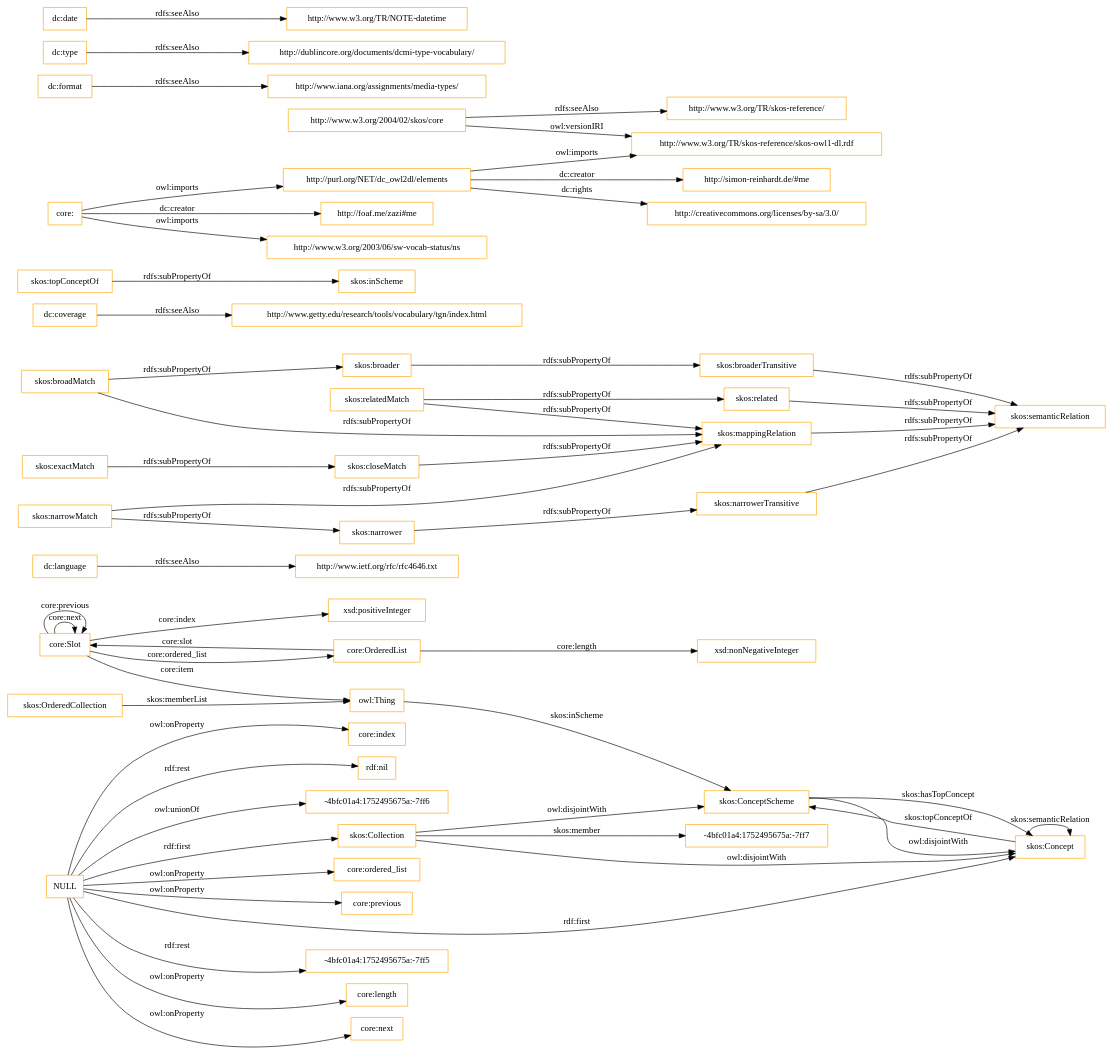
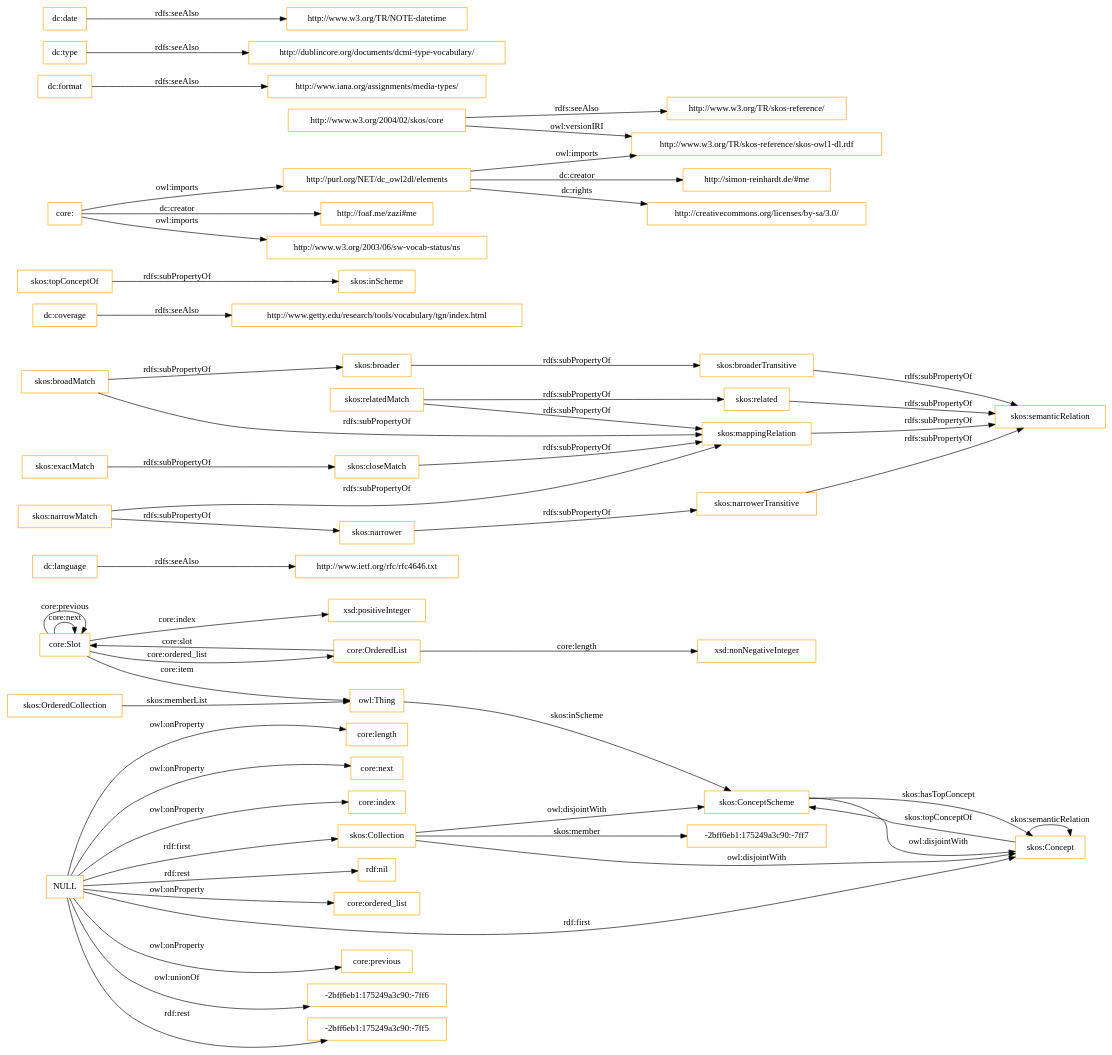
Before and after one commit to OnToologyUser/core-ontology-1: the diagram in OnToology/imports/core.owl/diagrams/ar2dtool-class/core.owl.png.dot, drawn with Graphviz. The commit also changed 14 other files, not shown here.

```diff
--- a/OnToology/imports/core.owl/diagrams/ar2dtool-class/core.owl.png.dot
+++ b/OnToology/imports/core.owl/diagrams/ar2dtool-class/core.owl.png.dot
@@ -1,60 +1,60 @@
 digraph ar2dtool_diagram { 
 rankdir=LR;
 size="1501"
-node [shape = rectangle, color="orange"]; "core:Slot" "core:OrderedList" "-4bfc01a4:1752495675a:-7ff7" "skos:OrderedCollection" "skos:Collection" "skos:ConceptScheme" "skos:Concept" ; /*classes style*/
+node [shape = rectangle, color="orange"]; "core:Slot" "core:OrderedList" "-2bff6eb1:175249a3c90:-7ff7" "skos:OrderedCollection" "skos:Collection" "skos:ConceptScheme" "skos:Concept" ; /*classes style*/
 	"dc:language" -> "http://www.ietf.org/rfc/rfc4646.txt" [ label = "rdfs:seeAlso" ];
-	"NULL" -> "-4bfc01a4:1752495675a:-7ff5" [ label = "rdf:rest" ];
+	"NULL" -> "core:previous" [ label = "owl:onProperty" ];
+	"NULL" -> "-2bff6eb1:175249a3c90:-7ff6" [ label = "owl:unionOf" ];
+	"NULL" -> "-2bff6eb1:175249a3c90:-7ff5" [ label = "rdf:rest" ];
 	"NULL" -> "core:length" [ label = "owl:onProperty" ];
 	"NULL" -> "skos:Concept" [ label = "rdf:first" ];
 	"NULL" -> "core:next" [ label = "owl:onProperty" ];
 	"NULL" -> "core:index" [ label = "owl:onProperty" ];
 	"NULL" -> "rdf:nil" [ label = "rdf:rest" ];
-	"NULL" -> "-4bfc01a4:1752495675a:-7ff6" [ label = "owl:unionOf" ];
 	"NULL" -> "core:ordered_list" [ label = "owl:onProperty" ];
 	"NULL" -> "skos:Collection" [ label = "rdf:first" ];
-	"NULL" -> "core:previous" [ label = "owl:onProperty" ];
 	"skos:closeMatch" -> "skos:mappingRelation" [ label = "rdfs:subPropertyOf" ];
 	"dc:coverage" -> "http://www.getty.edu/research/tools/vocabulary/tgn/index.html" [ label = "rdfs:seeAlso" ];
 	"skos:relatedMatch" -> "skos:related" [ label = "rdfs:subPropertyOf" ];
 	"skos:relatedMatch" -> "skos:mappingRelation" [ label = "rdfs:subPropertyOf" ];
 	"skos:ConceptScheme" -> "skos:Concept" [ label = "owl:disjointWith" ];
 	"skos:related" -> "skos:semanticRelation" [ label = "rdfs:subPropertyOf" ];
 	"skos:topConceptOf" -> "skos:inScheme" [ label = "rdfs:subPropertyOf" ];
 	"skos:broadMatch" -> "skos:broader" [ label = "rdfs:subPropertyOf" ];
 	"skos:broadMatch" -> "skos:mappingRelation" [ label = "rdfs:subPropertyOf" ];
 	"http://purl.org/NET/dc_owl2dl/elements" -> "http://www.w3.org/TR/skos-reference/skos-owl1-dl.rdf" [ label = "owl:imports" ];
 	"http://purl.org/NET/dc_owl2dl/elements" -> "http://creativecommons.org/licenses/by-sa/3.0/" [ label = "dc:rights" ];
 	"http://purl.org/NET/dc_owl2dl/elements" -> "http://simon-reinhardt.de/#me" [ label = "dc:creator" ];
 	"skos:exactMatch" -> "skos:closeMatch" [ label = "rdfs:subPropertyOf" ];
 	"dc:format" -> "http://www.iana.org/assignments/media-types/" [ label = "rdfs:seeAlso" ];
 	"core:" -> "http://foaf.me/zazi#me" [ label = "dc:creator" ];
 	"core:" -> "http://www.w3.org/2003/06/sw-vocab-status/ns" [ label = "owl:imports" ];
 	"core:" -> "http://purl.org/NET/dc_owl2dl/elements" [ label = "owl:imports" ];
 	"skos:broaderTransitive" -> "skos:semanticRelation" [ label = "rdfs:subPropertyOf" ];
 	"skos:mappingRelation" -> "skos:semanticRelation" [ label = "rdfs:subPropertyOf" ];
 	"skos:broader" -> "skos:broaderTransitive" [ label = "rdfs:subPropertyOf" ];
 	"dc:type" -> "http://dublincore.org/documents/dcmi-type-vocabulary/" [ label = "rdfs:seeAlso" ];
 	"http://www.w3.org/2004/02/skos/core" -> "http://www.w3.org/TR/skos-reference/skos-owl1-dl.rdf" [ label = "owl:versionIRI" ];
 	"http://www.w3.org/2004/02/skos/core" -> "http://www.w3.org/TR/skos-reference/" [ label = "rdfs:seeAlso" ];
 	"skos:Collection" -> "skos:ConceptScheme" [ label = "owl:disjointWith" ];
 	"skos:Collection" -> "skos:Concept" [ label = "owl:disjointWith" ];
 	"skos:narrowMatch" -> "skos:narrower" [ label = "rdfs:subPropertyOf" ];
 	"skos:narrowMatch" -> "skos:mappingRelation" [ label = "rdfs:subPropertyOf" ];
 	"skos:narrower" -> "skos:narrowerTransitive" [ label = "rdfs:subPropertyOf" ];
 	"dc:date" -> "http://www.w3.org/TR/NOTE-datetime" [ label = "rdfs:seeAlso" ];
 	"skos:narrowerTransitive" -> "skos:semanticRelation" [ label = "rdfs:subPropertyOf" ];
 	"core:Slot" -> "xsd:positiveInteger" [ label = "core:index" ];
 	"skos:Concept" -> "skos:ConceptScheme" [ label = "skos:topConceptOf" ];
 	"core:Slot" -> "owl:Thing" [ label = "core:item" ];
 	"core:OrderedList" -> "xsd:nonNegativeInteger" [ label = "core:length" ];
 	"core:OrderedList" -> "core:Slot" [ label = "core:slot" ];
-	"skos:Collection" -> "-4bfc01a4:1752495675a:-7ff7" [ label = "skos:member" ];
+	"skos:Collection" -> "-2bff6eb1:175249a3c90:-7ff7" [ label = "skos:member" ];
 	"core:Slot" -> "core:Slot" [ label = "core:next" ];
 	"skos:ConceptScheme" -> "skos:Concept" [ label = "skos:hasTopConcept" ];
 	"owl:Thing" -> "skos:ConceptScheme" [ label = "skos:inScheme" ];
 	"core:Slot" -> "core:Slot" [ label = "core:previous" ];
 	"skos:OrderedCollection" -> "owl:Thing" [ label = "skos:memberList" ];
 	"skos:Concept" -> "skos:Concept" [ label = "skos:semanticRelation" ];
 	"core:Slot" -> "core:OrderedList" [ label = "core:ordered_list" ];
 
 }
```
